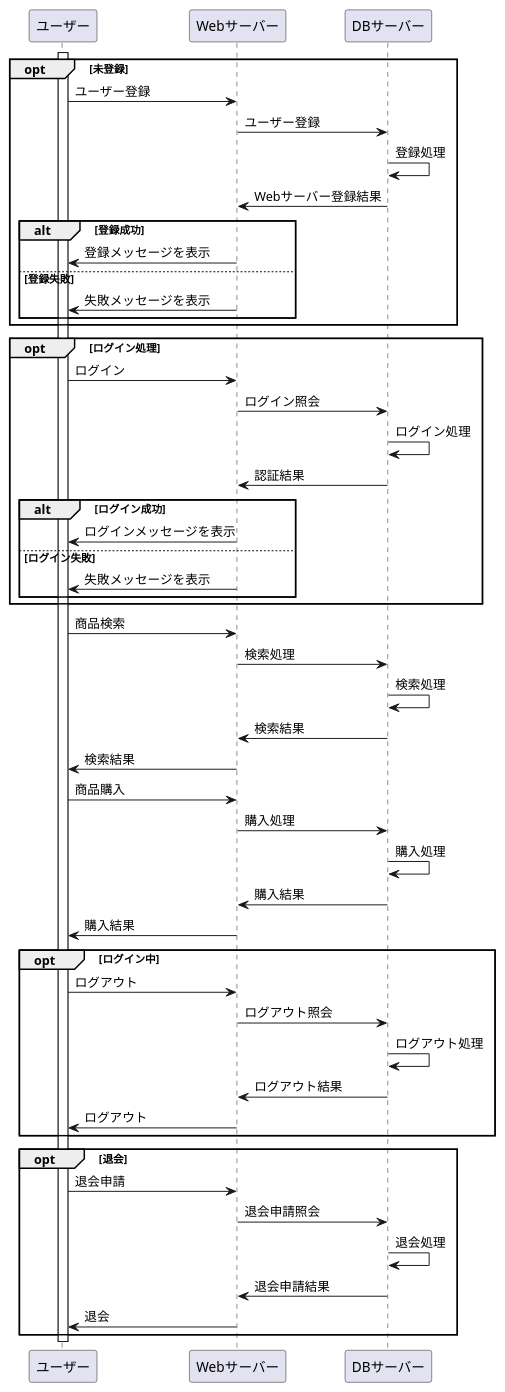
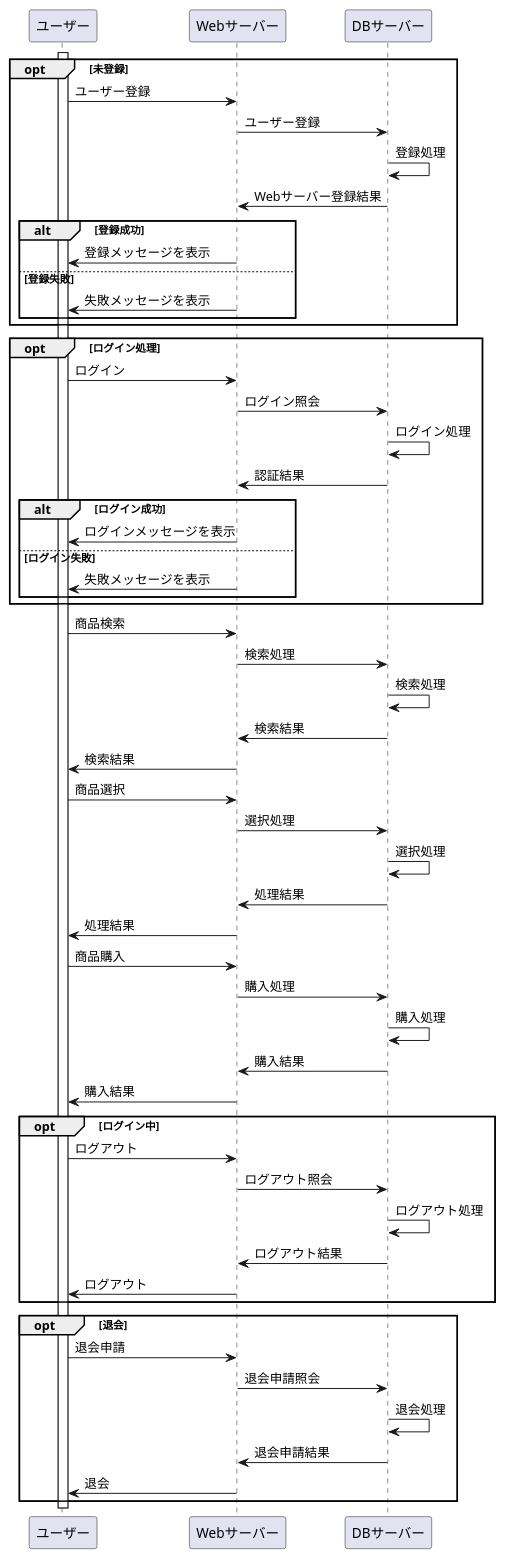
The diagram in Mypage(業務フロー).md (Aso2001163/2021sys-design-2), drawn with PlantUML before and after one commit.

````diff
--- a/Mypage(業務フロー).md
+++ b/Mypage(業務フロー).md
@@ -1,66 +1,72 @@
 ```uml
 @startuml
 opt 未登録
 
 ユーザー -> Webサーバー:ユーザー登録
 Webサーバー -> DBサーバー:ユーザー登録
 DBサーバー -> DBサーバー:登録処理
 DBサーバー -> Webサーバー:Webサーバー登録結果
 
   alt 登録成功
    Webサーバー -> ユーザー:登録メッセージを表示
   else 登録失敗
    Webサーバー -> ユーザー:失敗メッセージを表示
   end
 end
 
 opt ログイン処理
 ユーザー -> Webサーバー:ログイン
 Webサーバー -> DBサーバー:ログイン照会
 DBサーバー -> DBサーバー:ログイン処理
 DBサーバー -> Webサーバー:認証結果
 
   alt ログイン成功
     Webサーバー -> ユーザー:ログインメッセージを表示
   else ログイン失敗
     Webサーバー -> ユーザー:失敗メッセージを表示
   end
 end
 
 activate ユーザー
 
 ユーザー -> Webサーバー:商品検索
 Webサーバー -> DBサーバー:検索処理
 DBサーバー -> DBサーバー:検索処理
 DBサーバー -> Webサーバー:検索結果
 Webサーバー -> ユーザー:検索結果
 
+ユーザー -> Webサーバー:商品選択
+Webサーバー -> DBサーバー:選択処理
+DBサーバー -> DBサーバー:選択処理
+DBサーバー -> Webサーバー:処理結果
+Webサーバー -> ユーザー:処理結果
+
 ユーザー -> Webサーバー:商品購入
 Webサーバー -> DBサーバー:購入処理
 DBサーバー -> DBサーバー:購入処理
 DBサーバー -> Webサーバー:購入結果
 Webサーバー -> ユーザー:購入結果
 
 opt ログイン中
 
 ユーザー -> Webサーバー:ログアウト
 Webサーバー -> DBサーバー:ログアウト照会
 DBサーバー -> DBサーバー:ログアウト処理
 DBサーバー -> Webサーバー:ログアウト結果
 Webサーバー -> ユーザー:ログアウト
 
 end
 
 opt 退会
 
 ユーザー -> Webサーバー:退会申請
 Webサーバー -> DBサーバー:退会申請照会
 DBサーバー -> DBサーバー:退会処理
 DBサーバー -> Webサーバー:退会申請結果
 Webサーバー -> ユーザー:退会
 
 end
 
 deactivate ユーザー
 @enduml
 ```
````
